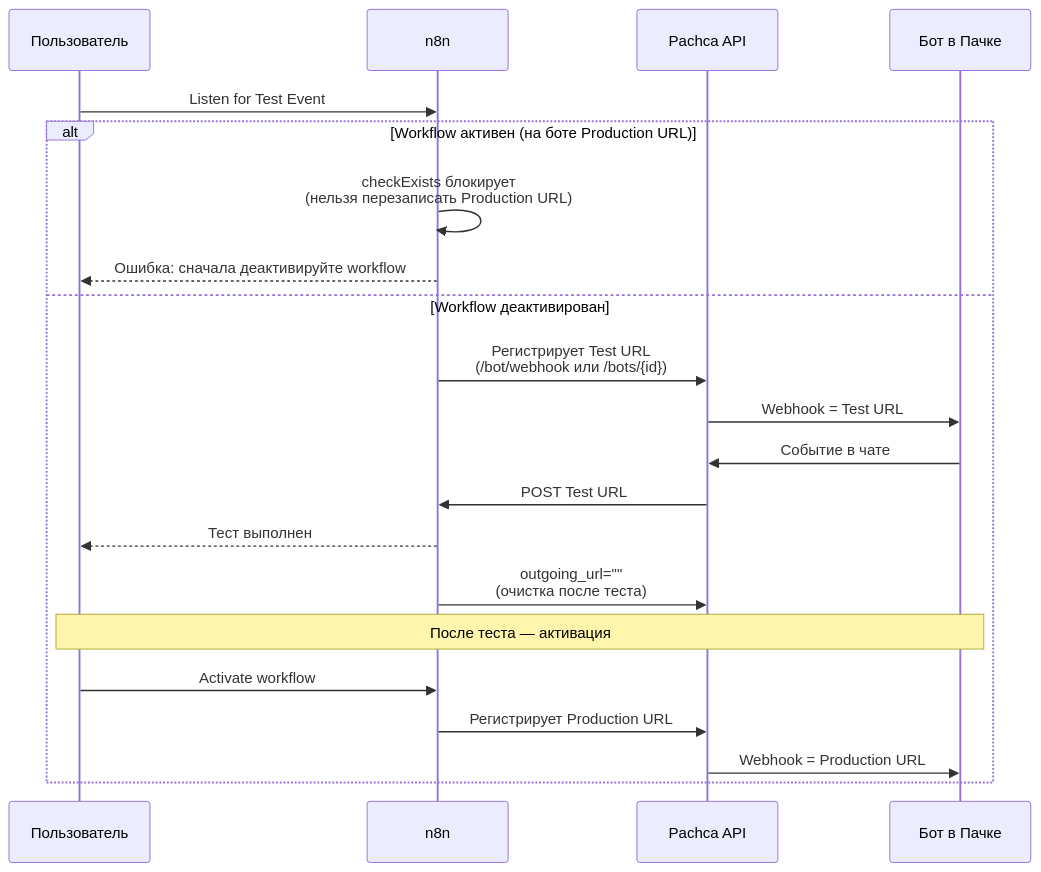
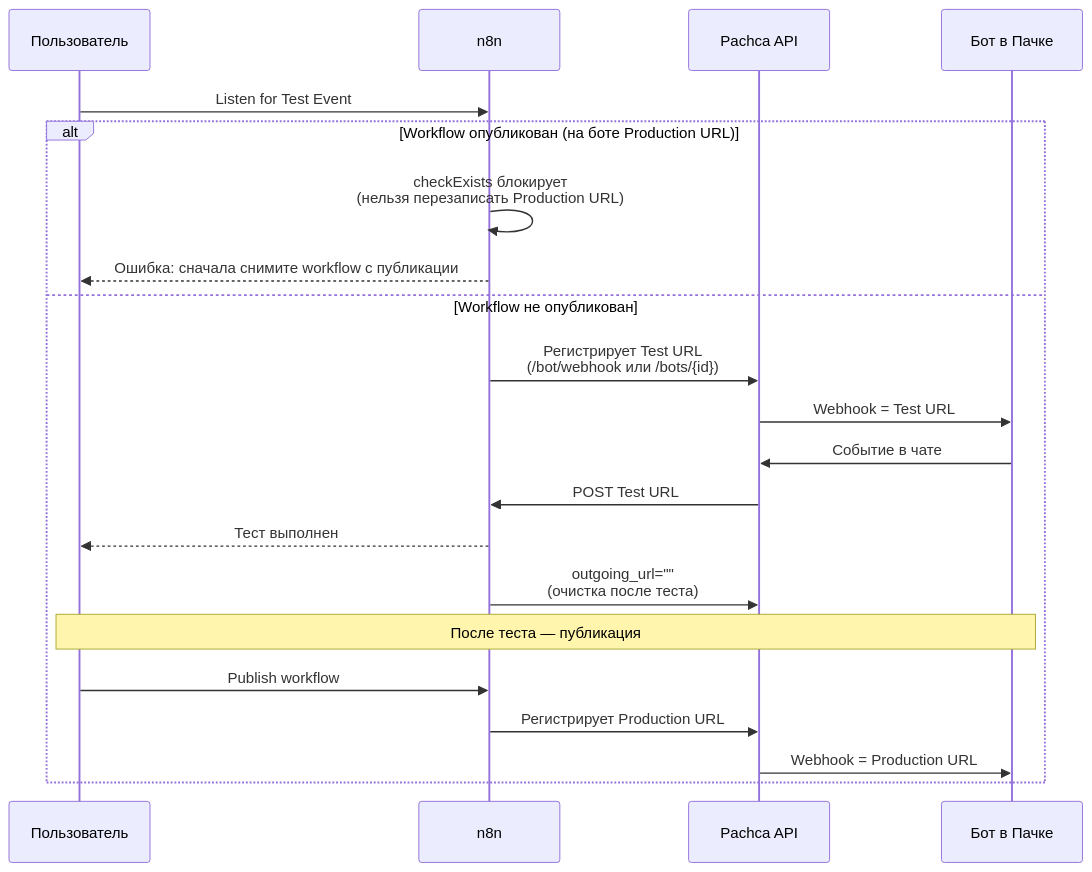
The diagram in apps/docs/public/guides/n8n/testing.md (pachca/openapi), drawn with Mermaid before and after one commit. The commit also changed other lines of this file and 142 other files, not shown here.

````diff
--- a/apps/docs/public/guides/n8n/testing.md
+++ b/apps/docs/public/guides/n8n/testing.md
@@ -167,26 +167,26 @@
 ```mermaid
 sequenceDiagram
     participant User as Пользователь
     participant n8n
     participant Pachca as Pachca API
     participant Bot as Бот в Пачке
 
     User->>n8n: Listen for Test Event
 
-    alt Workflow активен (на боте Production URL)
+    alt Workflow опубликован (на боте Production URL)
         n8n->>n8n: checkExists блокирует<br/>(нельзя перезаписать Production URL)
-        n8n-->>User: Ошибка: сначала деактивируйте workflow
-    else Workflow деактивирован
+        n8n-->>User: Ошибка: сначала снимите workflow с публикации
+    else Workflow не опубликован
         n8n->>Pachca: Регистрирует Test URL<br/>(/bot/webhook или /bots/{id})
         Pachca->>Bot: Webhook = Test URL
         Bot->>Pachca: Событие в чате
         Pachca->>n8n: POST Test URL
         n8n-->>User: Тест выполнен
         n8n->>Pachca: outgoing_url=""<br/>(очистка после теста)
 
-        Note over User,Bot: После теста — активация
-        User->>n8n: Activate workflow
+        Note over User,Bot: После теста — публикация
+        User->>n8n: Publish workflow
         n8n->>Pachca: Регистрирует Production URL
         Pachca->>Bot: Webhook = Production URL
     end
 ```
````
